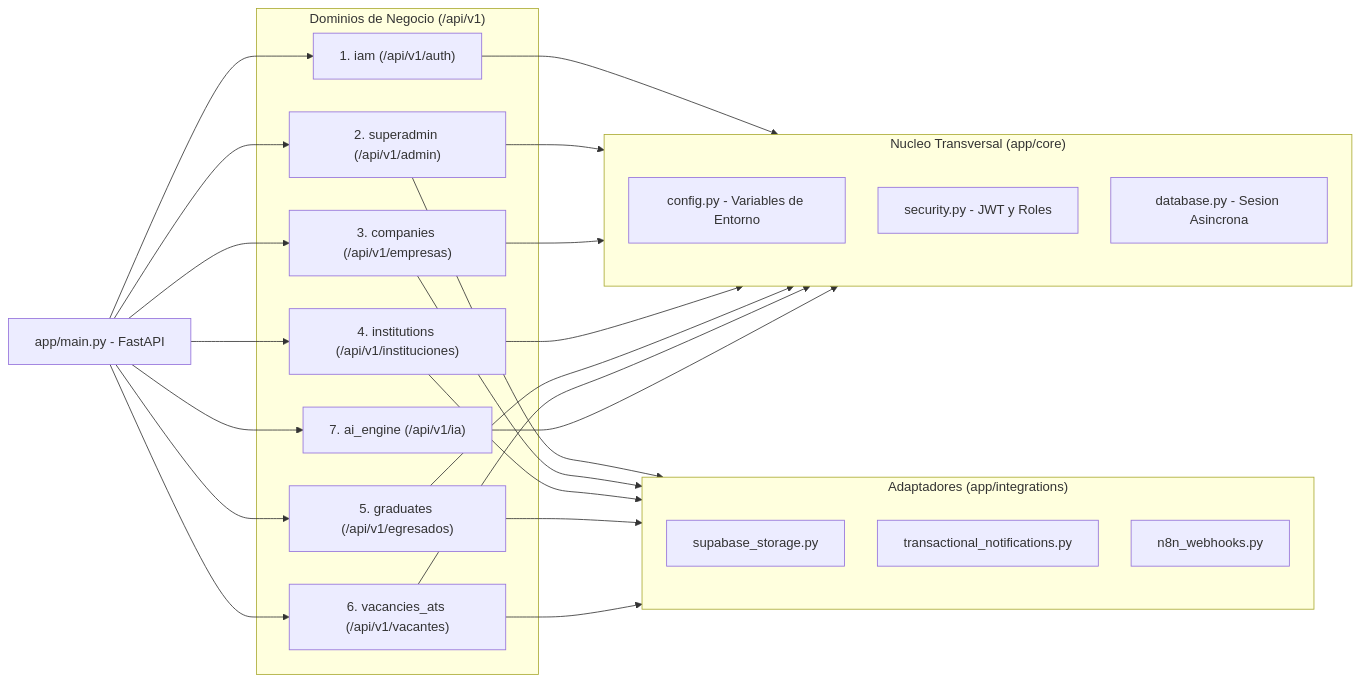
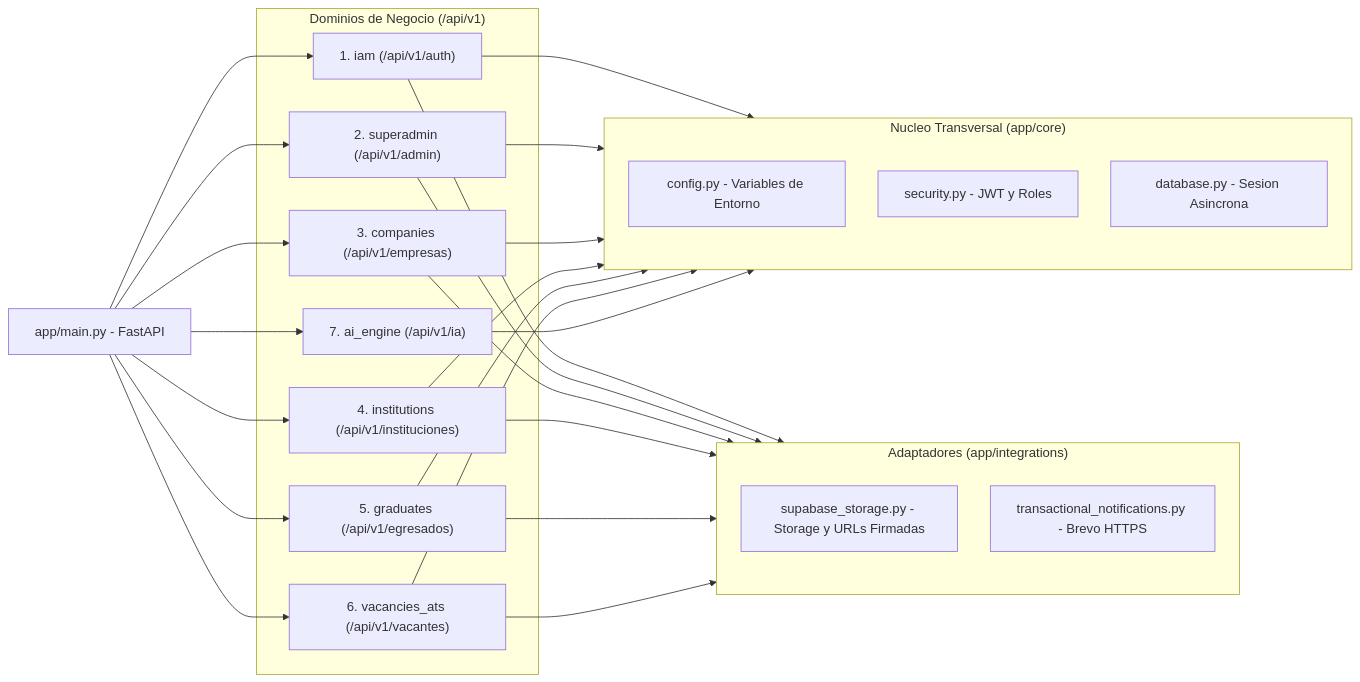
Before and after one commit to JaiderBadillo/Vincula: the second of 3 diagrams in docs/diagrama_arquitectura_vincula.md, drawn with Mermaid. The commit also changed other lines of this file, not shown here.

Commit message:
docs: remove legacy n8n reference from software architecture diagram

````diff
--- a/docs/diagrama_arquitectura_vincula.md
+++ b/docs/diagrama_arquitectura_vincula.md
@@ -81,49 +79,49 @@
 ```mermaid
 %%{init: {'flowchart': {'nodeSpacing': 40, 'rankSpacing': 80, 'padding': 16}}}%%
 flowchart LR
     MAIN["app/main.py - FastAPI"]
 
     subgraph MODULOS["Dominios de Negocio (/api/v1)"]
         M1["1. iam (/api/v1/auth)"]
         M2["2. superadmin (/api/v1/admin)"]
         M3["3. companies (/api/v1/empresas)"]
         M4["4. institutions (/api/v1/instituciones)"]
         M5["5. graduates (/api/v1/egresados)"]
         M6["6. vacancies_ats (/api/v1/vacantes)"]
         M7["7. ai_engine (/api/v1/ia)"]
     end
 
     subgraph CORE["Nucleo Transversal (app/core)"]
         C_CFG["config.py - Variables de Entorno"]
         C_SEC["security.py - JWT y Roles"]
         C_DB["database.py - Sesion Asincrona"]
     end
 
     subgraph INTEG["Adaptadores (app/integrations)"]
-        I_STO["supabase_storage.py"]
-        I_NOT["transactional_notifications.py"]
-        I_WEB["n8n_webhooks.py"]
+        I_STO["supabase_storage.py - Storage y URLs Firmadas"]
+        I_NOT["transactional_notifications.py - Brevo HTTPS"]
     end
 
     MAIN --> M1
     MAIN --> M2
     MAIN --> M3
     MAIN --> M4
     MAIN --> M5
     MAIN --> M6
     MAIN --> M7
 
     M1 --> CORE
     M2 --> CORE
     M3 --> CORE
     M4 --> CORE
     M5 --> CORE
     M6 --> CORE
     M7 --> CORE
 
+    M1 --> INTEG
     M2 --> INTEG
     M3 --> INTEG
     M4 --> INTEG
     M5 --> INTEG
     M6 --> INTEG
 ```
````
